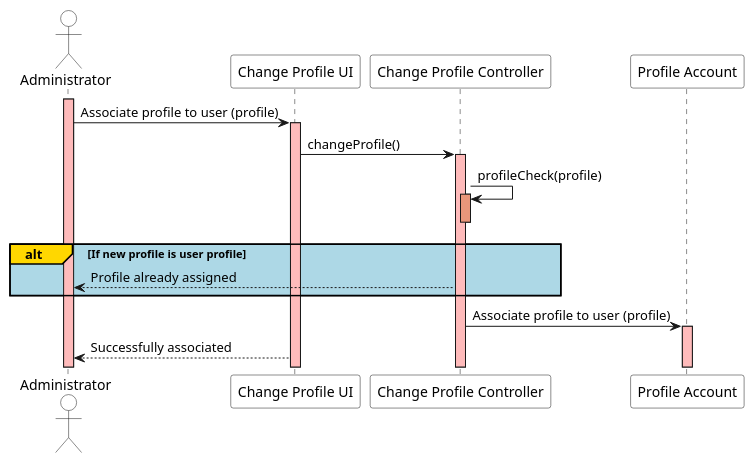
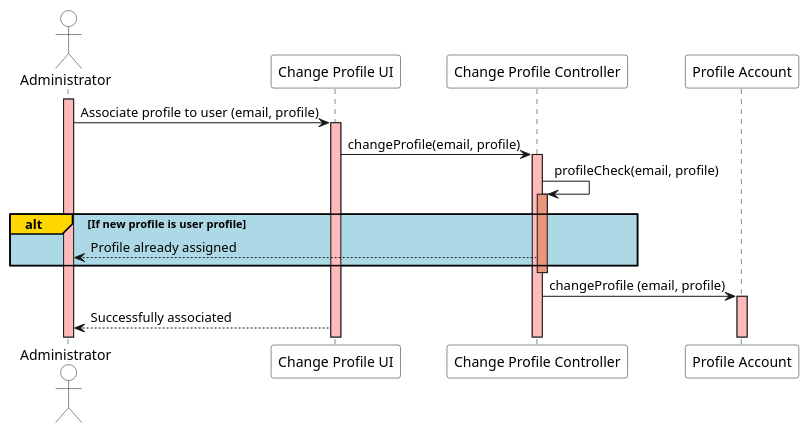
Before and after one commit to ivo-menezes/project_g3: the diagram in docs/modelling_design/user_stories/us003/US003_ChangeProfileSD.puml, drawn with PlantUML.

Commit message:
US003: Design: US003_ChangeProfileSD (New Update 2)

```diff
--- a/docs/modelling_design/user_stories/us003/US003_ChangeProfileSD.puml
+++ b/docs/modelling_design/user_stories/us003/US003_ChangeProfileSD.puml
@@ -1,24 +1,24 @@
 @startuml
 
 actor Administrator  as Administrator #white
 participant "Change Profile UI" as UI #white
 participant "Change Profile Controller" as Controller #white
 participant "Profile Account" as Account #white
 
 activate Administrator #FFBBBB
-Administrator ->  UI : Associate profile to user (profile)
+Administrator ->  UI : Associate profile to user (email, profile)
 activate UI #FFBBBB
-UI -> Controller :  changeProfile()
+UI -> Controller :  changeProfile(email, profile)
 activate Controller #FFBBBB
-Controller -> Controller: profileCheck(profile)
+Controller -> Controller: profileCheck(email, profile)
 activate Controller #DarkSalmon
-deactivate Controller #DarkSalmon
+
 
 alt#Gold #LightBlue If new profile is user profile
 Administrator <-- Controller : Profile already assigned
 end
-
-Controller -> Account : Associate profile to user (profile)
+deactivate Controller #DarkSalmon
+Controller -> Account : changeProfile (email, profile)
 activate Account #FFBBBB
 Administrator <-- UI: Successfully associated
 @enduml
```
